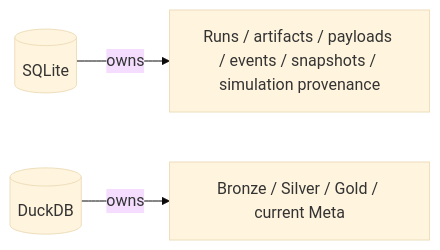
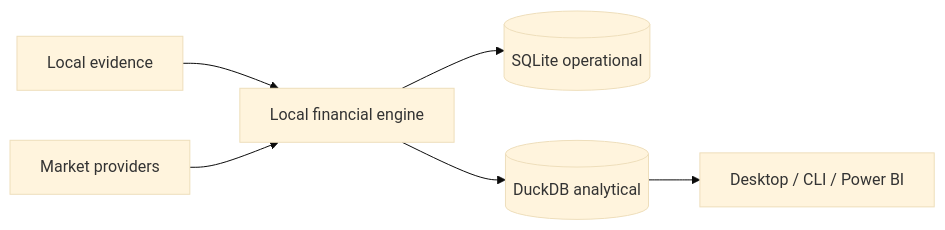
One commit to tks18/personal-finance-etl changed the first of 5 diagrams in docs/architecture/design-decisions.md. Above: the diagram before and after it, drawn with Mermaid (base theme). The commit also changed other lines of this file and 10 other files, not shown here.

Commit message:
docs: update docs/architecture for latest version

````diff
--- a/docs/architecture/design-decisions.md
+++ b/docs/architecture/design-decisions.md
@@ -44,5 +15,8 @@
 ```mermaid
 flowchart LR
-    S[(SQLite)] -->|owns| O[Runs / artifacts / payloads / events / snapshots / simulation provenance]
-    D[(DuckDB)] -->|owns| A[Bronze / Silver / Gold / current Meta]
+    FILES[Local evidence] --> APP[Local financial engine]
+    API[Market providers] --> APP
+    APP --> SQLITE[(SQLite operational)]
+    APP --> DUCK[(DuckDB analytical)]
+    DUCK --> UI[Desktop / CLI / Power BI]
 ```
````
